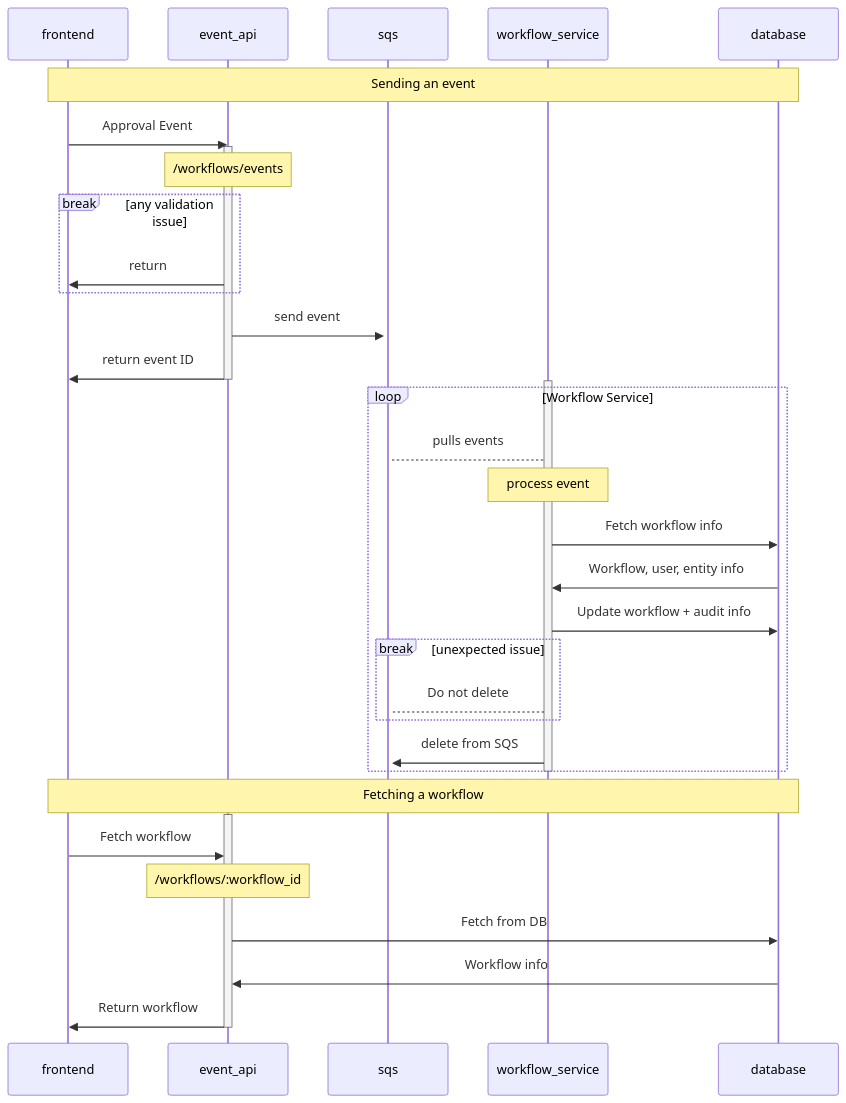
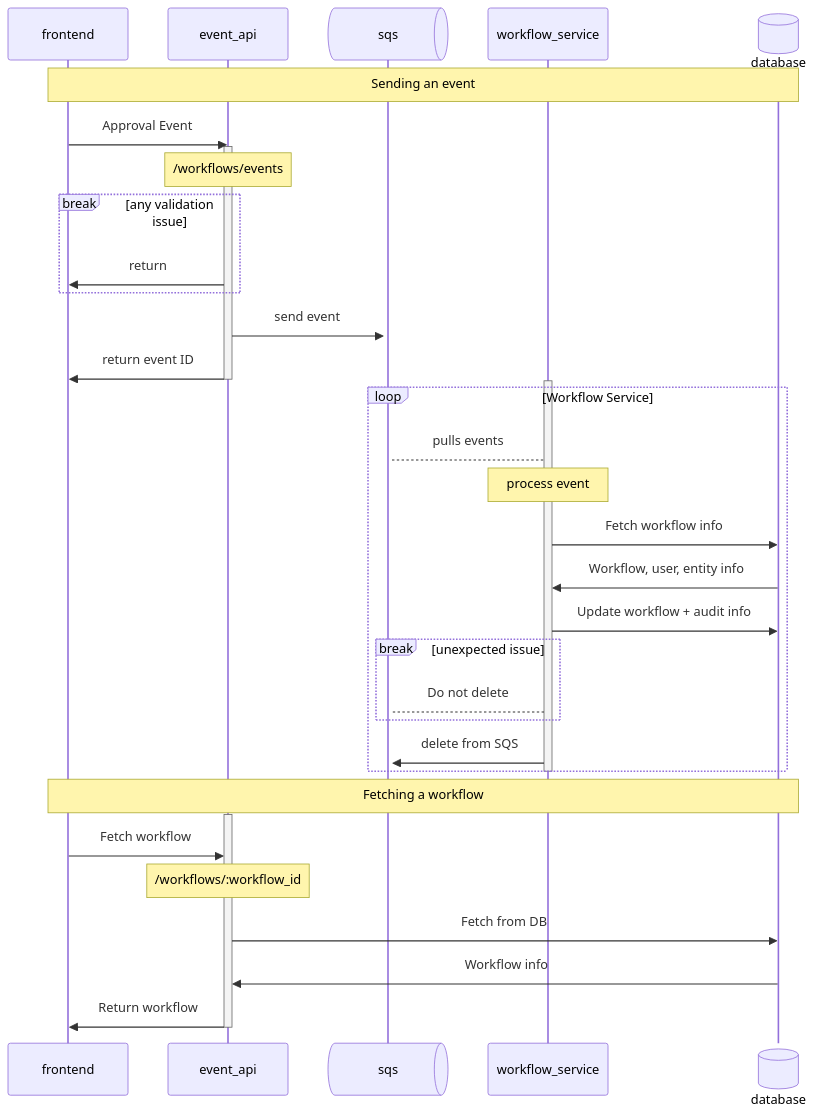
One commit to HHS/simpler-grants-gov changed the first of 2 diagrams in documentation/api/workflow-service.md. Above: the diagram before and after it, drawn with Mermaid.

````diff
--- a/documentation/api/workflow-service.md
+++ b/documentation/api/workflow-service.md
@@ -98,43 +98,43 @@
 ```mermaid
 sequenceDiagram
     participant frontend
     participant event_api
-    participant sqs
+    participant sqs@{ "type" : "queue" }
     participant workflow_service
-    participant database
+    participant database@{ "type" : "database" }
     
     Note over frontend, database: Sending an event
     frontend->>event_api: Approval Event
     
     activate event_api
     Note over event_api: /workflows/events
     break any validation issue
         event_api->>frontend: return
     end
     event_api->>+sqs: send event
     event_api->>frontend: return event ID
     deactivate event_api
     
     activate workflow_service
     loop Workflow Service
         sqs-->workflow_service: pulls events
         Note over workflow_service: process event
         workflow_service->>database: Fetch workflow info
         database->>workflow_service: Workflow, user, entity info
         workflow_service->>database: Update workflow + audit info
         break unexpected issue
             workflow_service-->sqs: Do not delete
         end
         workflow_service->>sqs: delete from SQS
     end
     deactivate workflow_service
     
     Note over frontend, database: Fetching a workflow
     activate event_api
     frontend->>event_api: Fetch workflow
     Note over event_api: /workflows/:workflow_id
     event_api->>database: Fetch from DB
     database->>event_api: Workflow info
     event_api->>frontend: Return workflow
     deactivate event_api
 ```
````
